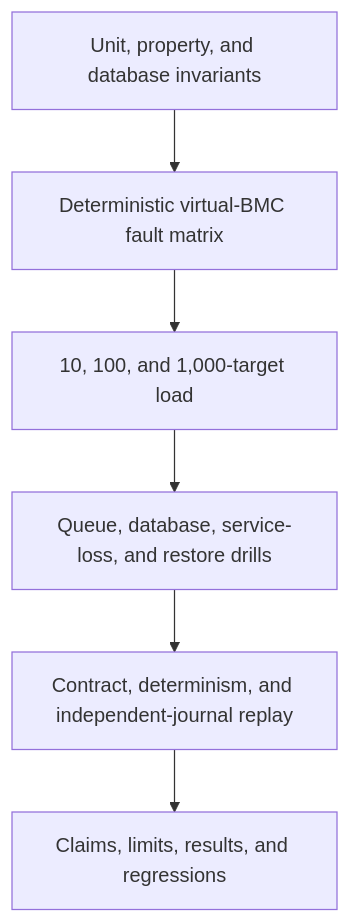
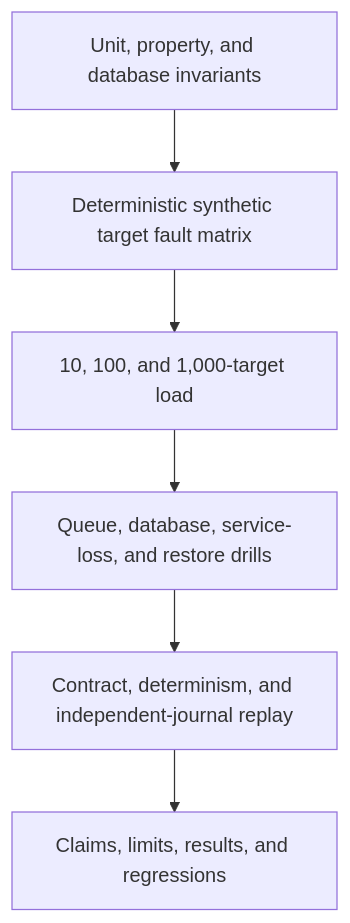
Before and after one commit to parth10-05/FleetForge: the diagram in docs/implementation-plan/14-load-fault-and-recovery-validation.md, drawn with Mermaid. The commit also changed other lines of this file and 64 other files, not shown here.

Commit message:
docs: align architecture with synthetic target backend

````diff
--- a/docs/implementation-plan/14-load-fault-and-recovery-validation.md
+++ b/docs/implementation-plan/14-load-fault-and-recovery-validation.md
@@ -34,8 +34,8 @@
 ```mermaid
 flowchart TD
-  Correctness[Unit, property, and database invariants] --> Fault[Deterministic virtual-BMC fault matrix]
+  Correctness[Unit, property, and database invariants] --> Fault[Deterministic synthetic target fault matrix]
   Fault --> Load[10, 100, and 1,000-target load]
   Load --> Recovery[Queue, database, service-loss, and restore drills]
   Recovery --> Replay[Contract, determinism, and independent-journal replay]
   Replay --> Report[Claims, limits, results, and regressions]
 ```
````
